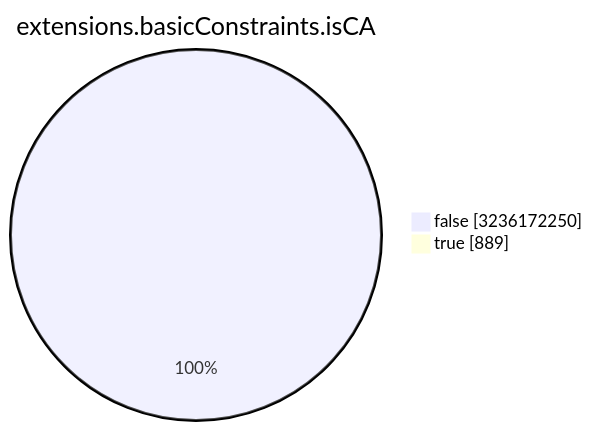
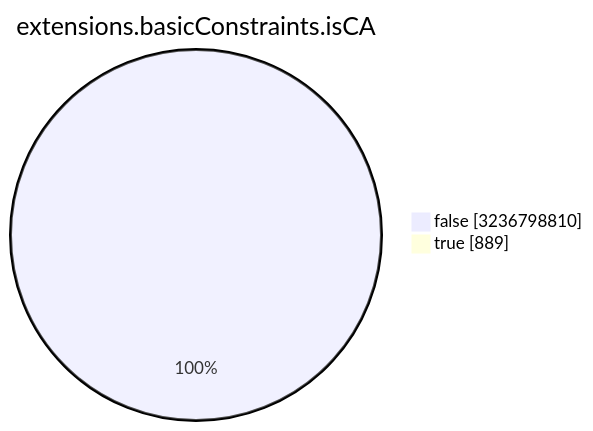
Before and after one commit to christiankrug/ctmonitor_visualization: the seventh of 15 diagrams in TOTAL/README.md, drawn with Mermaid. The commit also changed other lines of this file, not shown here.

````diff
--- a/TOTAL/README.md
+++ b/TOTAL/README.md
@@ -3088,6 +3088,6 @@
 ```mermaid
 pie showData
 title extensions.basicConstraints.isCA
-"false" :3236172250
+"false" :3236798810
 "true" :889
 ```
````
